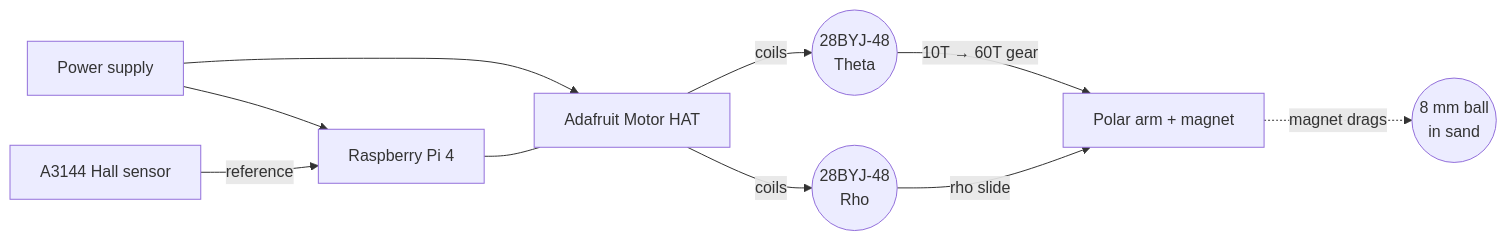
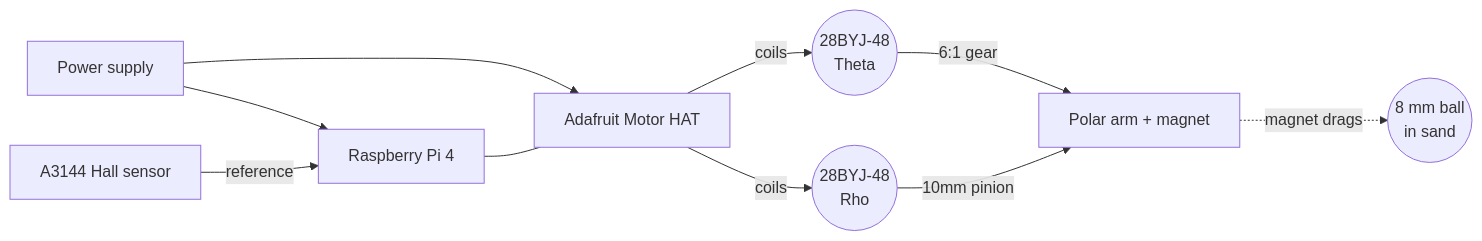
One commit to mpinder0/mini-sandtable-polar-esp32 changed the diagram in docs/project log/part2-first-prototype.md. Above: the diagram before and after it, drawn with Mermaid. The commit also changed other lines of this file, not shown here.

````diff
--- a/docs/project log/part2-first-prototype.md
+++ b/docs/project log/part2-first-prototype.md
@@ -13,12 +13,12 @@
 ```mermaid
 flowchart LR
     PSU[Power supply] --> PI[Raspberry Pi 4]
     PSU --> HAT
     PI --- HAT[Adafruit Motor HAT]
     HAT -->|coils| MT((28BYJ-48<br/>Theta))
     HAT -->|coils| MR((28BYJ-48<br/>Rho))
     HALL[A3144 Hall sensor] -->|reference| PI
-    MT -->|10T → 60T gear| MECH[Polar arm + magnet]
-    MR -->|rho slide| MECH
+    MT -->|6:1 gear| MECH[Polar arm + magnet]
+    MR -->|10mm pinion| MECH
     MECH -. magnet drags .-> BALL((8 mm ball<br/>in sand))
 ```
````
